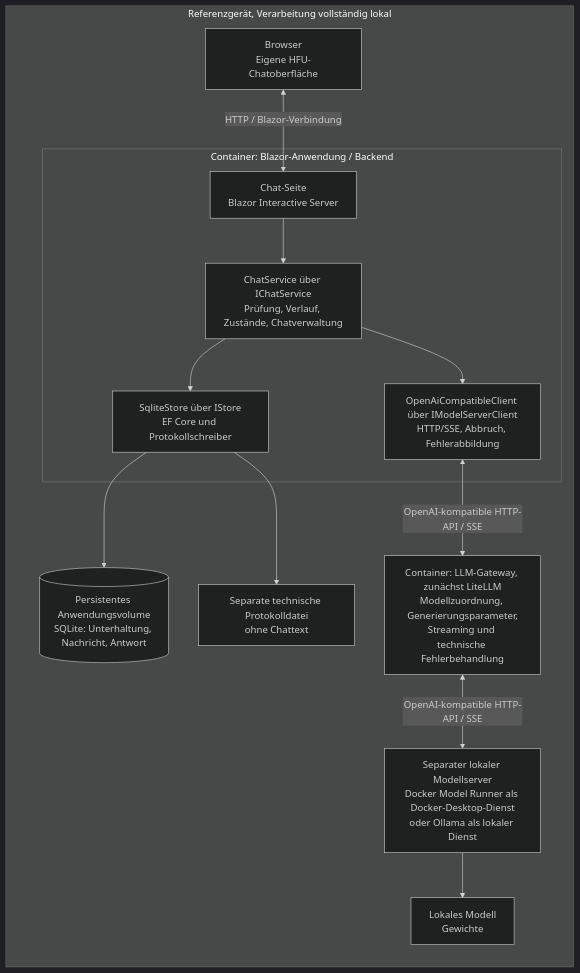
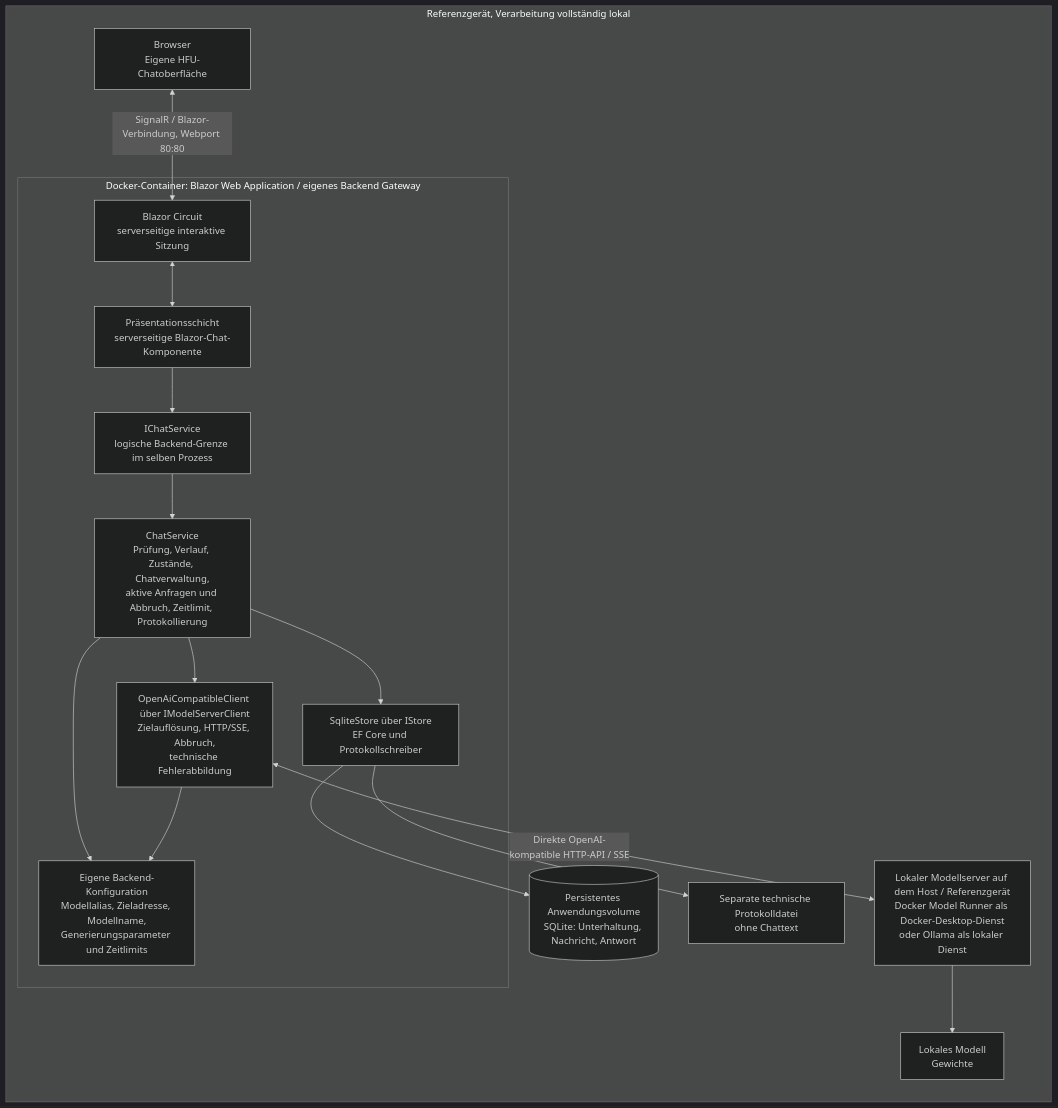
One commit to thedmo/CustomLocalAiFront changed the first of 5 diagrams in agent/Design.md. Above: the diagram before and after it, drawn with Mermaid (dark theme). The commit also changed other lines of this file, not shown here.

Commit message:
Design überabreitet ohne LiteLLM

````diff
--- a/agent/Design.md
+++ b/agent/Design.md
@@ -19,27 +21,32 @@
 ```mermaid
 flowchart TB
     subgraph RS["Referenzgerät, Verarbeitung vollständig lokal"]
         direction TB
         B["Browser<br/>Eigene HFU-Chatoberfläche"]
-        subgraph APP["Container: Blazor-Anwendung / Backend"]
-            P["Chat-Seite<br/>Blazor Interactive Server"]
-            A["ChatService über IChatService<br/>Prüfung, Verlauf, Zustände, Chatverwaltung"]
-            AD["OpenAiCompatibleClient über IModelServerClient<br/>HTTP/SSE, Abbruch, Fehlerabbildung"]
+        subgraph APP["Docker-Container: Blazor Web Application / eigenes Backend Gateway"]
+            C["Blazor Circuit<br/>serverseitige interaktive Sitzung"]
+            P["Präsentationsschicht<br/>serverseitige Blazor-Chat-Komponente"]
+            I["IChatService<br/>logische Backend-Grenze im selben Prozess"]
+            A["ChatService<br/>Prüfung, Verlauf, Zustände, Chatverwaltung,<br/>aktive Anfragen und Abbruch, Zeitlimit, Protokollierung"]
+            CFG["Eigene Backend-Konfiguration<br/>Modellalias, Zieladresse, Modellname,<br/>Generierungsparameter und Zeitlimits"]
+            AD["OpenAiCompatibleClient über IModelServerClient<br/>Zielauflösung, HTTP/SSE, Abbruch,<br/>technische Fehlerabbildung"]
             D["SqliteStore über IStore<br/>EF Core und Protokollschreiber"]
-            P --> A
+            C <--> P
+            P --> I
+            I --> A
             A --> AD
             A --> D
+            A --> CFG
+            AD --> CFG
         end
         DB[("Persistentes Anwendungsvolume<br/>SQLite: Unterhaltung, Nachricht, Antwort")]
         LOG["Separate technische Protokolldatei<br/>ohne Chattext"]
-        G["Container: LLM-Gateway, zunächst LiteLLM<br/>Modellzuordnung, Generierungsparameter,<br/>Streaming und technische Fehlerbehandlung"]
-        MS["Separater lokaler Modellserver<br/>Docker Model Runner als Docker-Desktop-Dienst<br/>oder Ollama als lokaler Dienst"]
+        MS["Lokaler Modellserver auf dem Host / Referenzgerät<br/>Docker Model Runner als Docker-Desktop-Dienst<br/>oder Ollama als lokaler Dienst"]
         MO["Lokales Modell<br/>Gewichte"]
-        B <-->|"HTTP / Blazor-Verbindung"| P
+        B <-->|"SignalR / Blazor-Verbindung, Webport 80:80"| C
         D --> DB
         D --> LOG
-        AD <-->|"OpenAI-kompatible HTTP-API / SSE"| G
-        G <-->|"OpenAI-kompatible HTTP-API / SSE"| MS
+        AD <-->|"Direkte OpenAI-kompatible HTTP-API / SSE"| MS
         MS --> MO
     end
 ```
````
